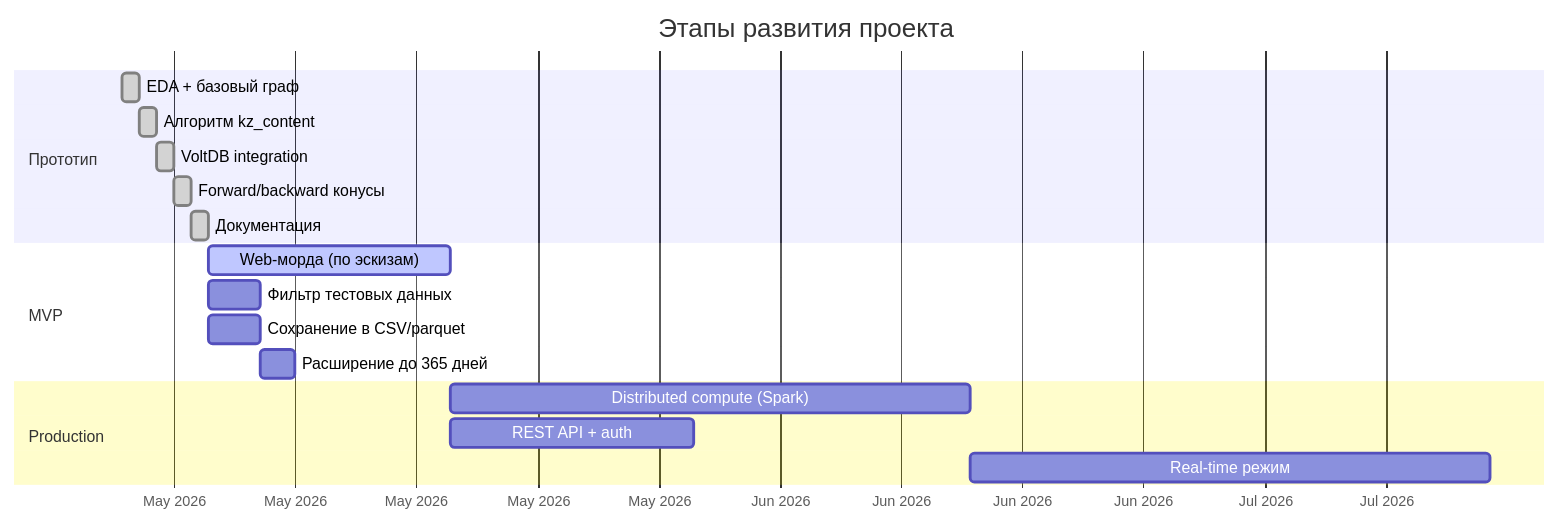
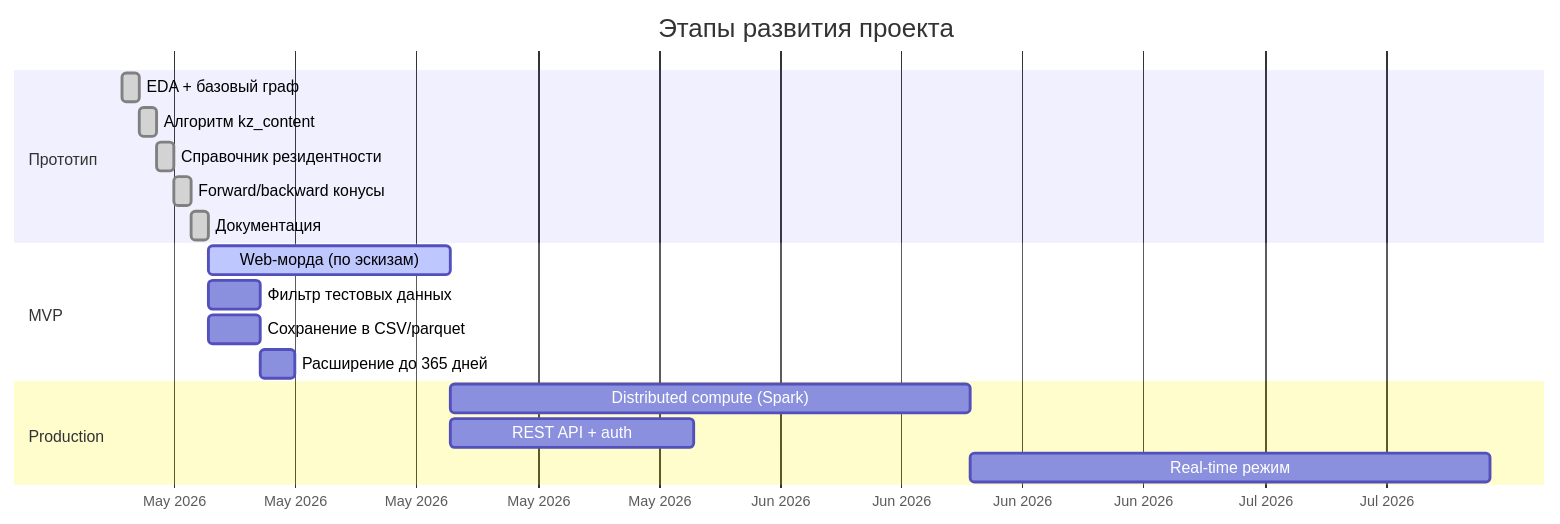
Before and after one commit to OlegKostrikin-Dev/digital-echo: the diagram in docs/roadmap.md, drawn with Mermaid. The commit also changed other lines of this file and 21 other files, not shown here.

````diff
--- a/docs/roadmap.md
+++ b/docs/roadmap.md
@@ -5,21 +5,21 @@
 ```mermaid
 gantt
     title Этапы развития проекта
     dateFormat YYYY-MM-DD
     axisFormat %b %Y
     section Прототип
     EDA + базовый граф             :done, p1, 2026-04-30, 1d
     Алгоритм kz_content            :done, p2, after p1, 1d
-    VoltDB integration             :done, p3, after p2, 1d
+    Справочник резидентности        :done, p3, after p2, 1d
     Forward/backward конусы        :done, p4, after p3, 1d
     Документация                   :done, p5, after p4, 1d
     section MVP
     Web-морда (по эскизам)         :active, m1, after p5, 14d
     Фильтр тестовых данных         :m2, after p5, 3d
     Сохранение в CSV/parquet       :m3, after p5, 3d
     Расширение до 365 дней          :m4, after m3, 2d
     section Production
     Distributed compute (Spark)    :pr1, after m1, 30d
     REST API + auth                :pr2, after m1, 14d
     Real-time режим                :pr3, after pr1, 30d
 ```
````
